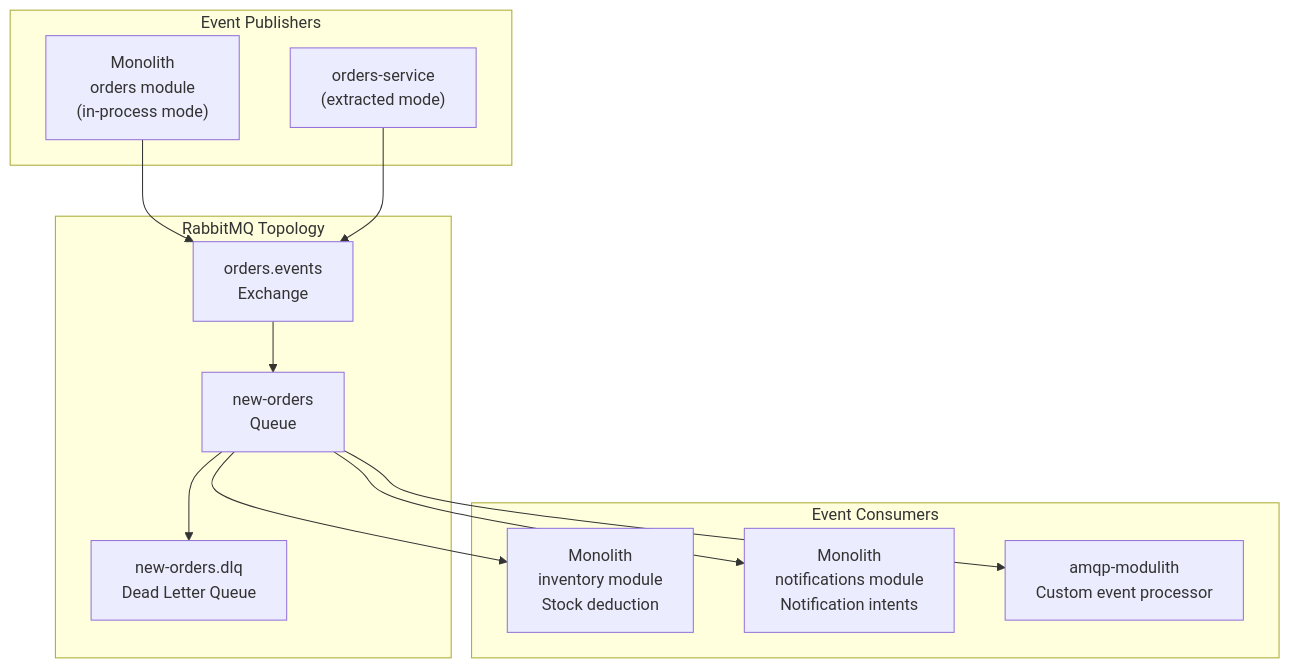
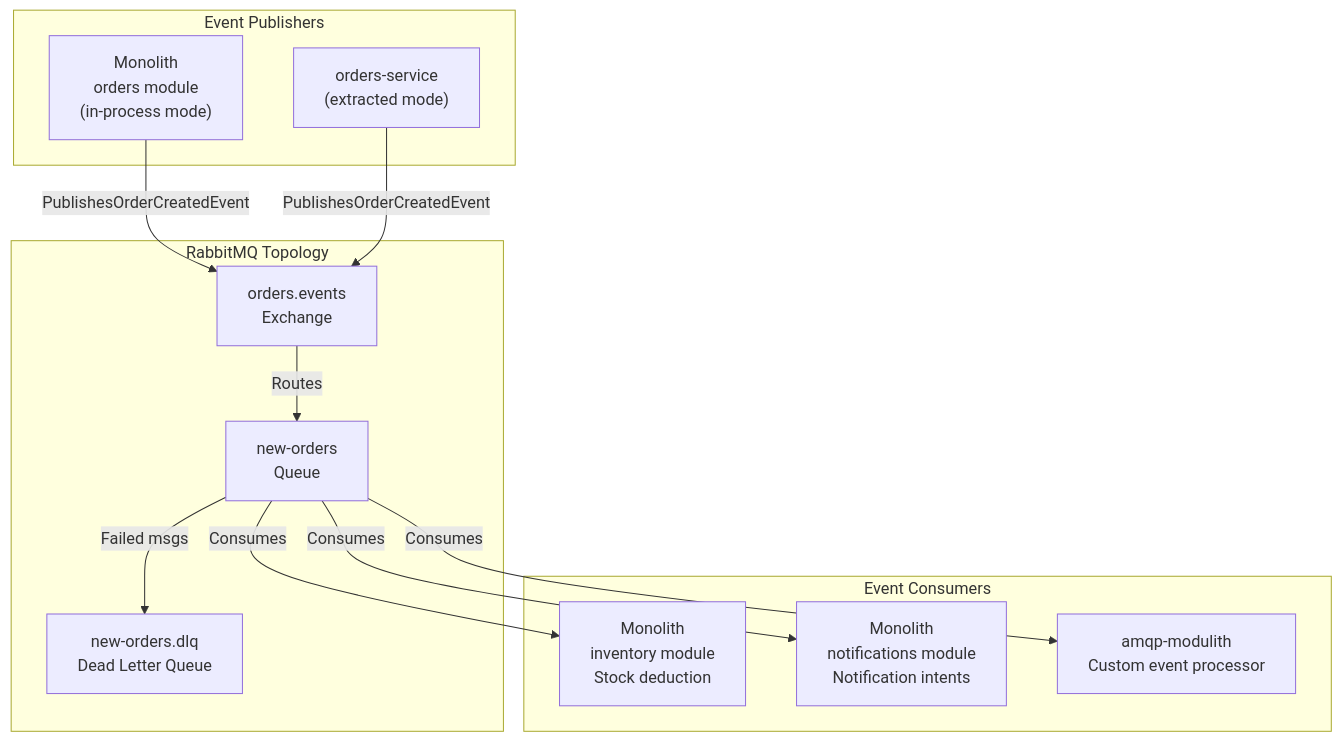
One commit to philipz/spring-modular-monolith changed the fifth of 7 diagrams in docs/deepwiki/Orders-Microservice-Extraction.md. Above: the diagram before and after it, drawn with Mermaid. The commit also changed other lines of this file and 55 other files, not shown here.

````diff
--- a/docs/deepwiki/Orders-Microservice-Extraction.md
+++ b/docs/deepwiki/Orders-Microservice-Extraction.md
@@ -294,37 +294,37 @@
 ```mermaid
 flowchart TD
 
 MonolithOrders["Monolith<br>orders module<br>(in-process mode)"]
 OrdersSvc["orders-service<br>(extracted mode)"]
 Exchange["orders.events<br>Exchange"]
 NewOrdersQueue["new-orders<br>Queue"]
 DLQ["new-orders.dlq<br>Dead Letter Queue"]
 Inventory["Monolith<br>inventory module<br>Stock deduction"]
 Notifications["Monolith<br>notifications module<br>Notification intents"]
 AMQPMod["amqp-modulith<br>Custom event processor"]
 
-MonolithOrders --> Exchange
-OrdersSvc --> Exchange
-NewOrdersQueue --> Inventory
-NewOrdersQueue --> Notifications
-NewOrdersQueue --> AMQPMod
+MonolithOrders -->|"PublishesOrderCreatedEvent"| Exchange
+OrdersSvc -->|"PublishesOrderCreatedEvent"| Exchange
+NewOrdersQueue -->|"Consumes"| Inventory
+NewOrdersQueue -->|"Consumes"| Notifications
+NewOrdersQueue -->|"Consumes"| AMQPMod
 
 subgraph subGraph2 ["Event Consumers"]
     Inventory
     Notifications
     AMQPMod
 end
 
 subgraph subGraph1 ["RabbitMQ Topology"]
     Exchange
     NewOrdersQueue
     DLQ
-    Exchange --> NewOrdersQueue
-    NewOrdersQueue --> DLQ
+    Exchange -->|"Routes"| NewOrdersQueue
+    NewOrdersQueue -->|"Failed msgs"| DLQ
 end
 
 subgraph subGraph0 ["Event Publishers"]
     MonolithOrders
     OrdersSvc
 end
 ```
````
